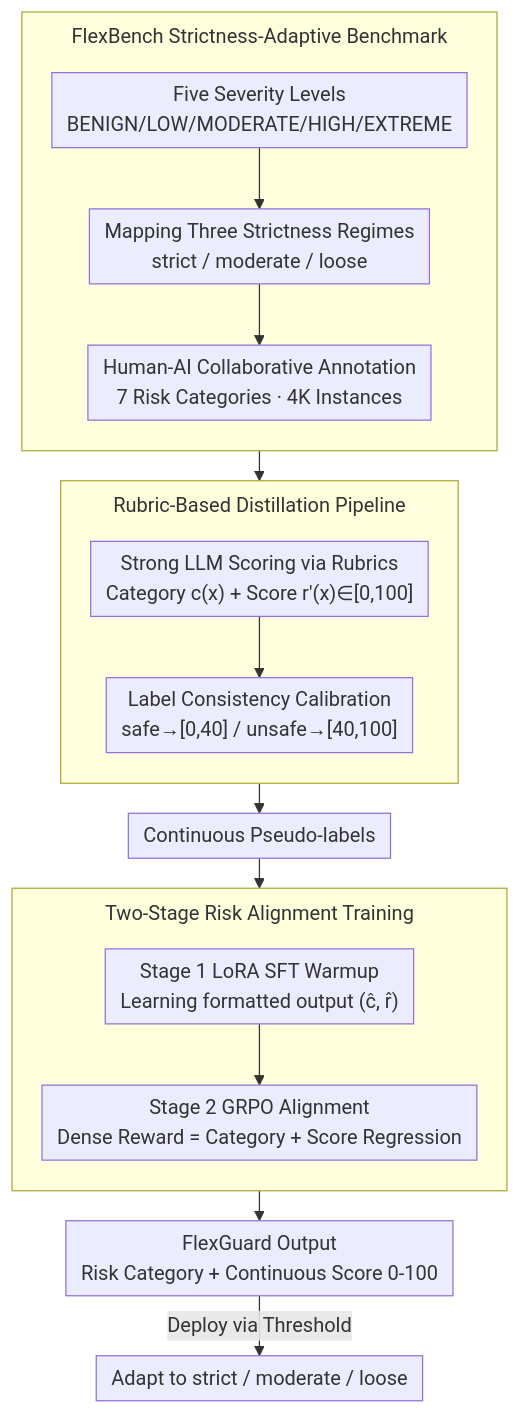
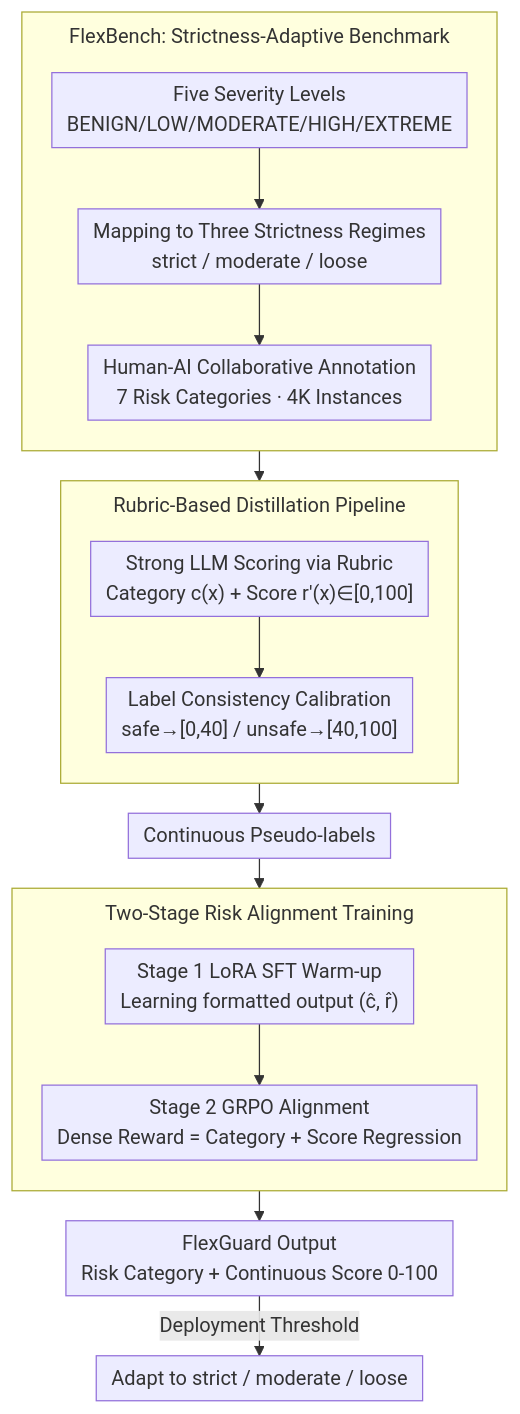
The diagram in docs/ACL2026/llm_safety/flexguard_continuous_risk_scoring_for_strictness-adaptive_llm_content_moderation.md (zhaoyang97/Paper-Notes-en), drawn with Mermaid before and after one commit. The commit also changed other lines of this file and 5084 other files, not shown here.

````diff
--- a/docs/ACL2026/llm_safety/flexguard_continuous_risk_scoring_for_strictness-adaptive_llm_content_moderation.md
+++ b/docs/ACL2026/llm_safety/flexguard_continuous_risk_scoring_for_strictness-adaptive_llm_content_moderation.md
@@ -45,22 +45,22 @@
 ```mermaid
 %%{init: {'flowchart': {'rankSpacing': 24, 'nodeSpacing': 28, 'padding': 6, 'wrappingWidth': 400, 'subGraphTitleMargin': {'top': 8, 'bottom': 16}}}}%%
 flowchart TD
-    subgraph BENCH["FlexBench Strictness-Adaptive Benchmark"]
+    subgraph BENCH["FlexBench: Strictness-Adaptive Benchmark"]
         direction TB
-        A["Five Severity Levels<br/>BENIGN/LOW/MODERATE/HIGH/EXTREME"] --> B["Mapping Three Strictness Regimes<br/>strict / moderate / loose"]
+        A["Five Severity Levels<br/>BENIGN/LOW/MODERATE/HIGH/EXTREME"] --> B["Mapping to Three Strictness Regimes<br/>strict / moderate / loose"]
         B --> C["Human-AI Collaborative Annotation<br/>7 Risk Categories · 4K Instances"]
     end
     subgraph DISTILL["Rubric-Based Distillation Pipeline"]
         direction TB
-        D["Strong LLM Scoring via Rubrics<br/>Category c(x) + Score r'(x)∈[0,100]"] --> E["Label Consistency Calibration<br/>safe→[0,40] / unsafe→[40,100]"]
+        D["Strong LLM Scoring via Rubric<br/>Category c(x) + Score r'(x)∈[0,100]"] --> E["Label Consistency Calibration<br/>safe→[0,40] / unsafe→[40,100]"]
     end
     C --> D
     E --> F["Continuous Pseudo-labels"]
     subgraph TRAIN["Two-Stage Risk Alignment Training"]
         direction TB
-        G["Stage 1 LoRA SFT Warmup<br/>Learning formatted output (ĉ, r̂)"] --> H["Stage 2 GRPO Alignment<br/>Dense Reward = Category + Score Regression"]
+        G["Stage 1 LoRA SFT Warm-up<br/>Learning formatted output (ĉ, r̂)"] --> H["Stage 2 GRPO Alignment<br/>Dense Reward = Category + Score Regression"]
     end
     F --> G
     H --> I["FlexGuard Output<br/>Risk Category + Continuous Score 0-100"]
-    I -->|Deploy via Threshold| J["Adapt to strict / moderate / loose"]
+    I -->|Deployment Threshold| J["Adapt to strict / moderate / loose"]
 ```
````
